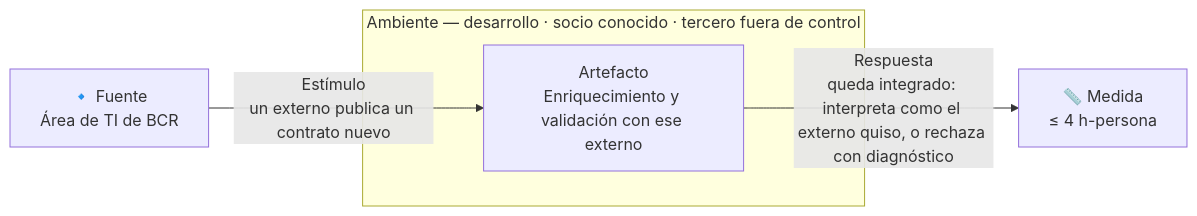
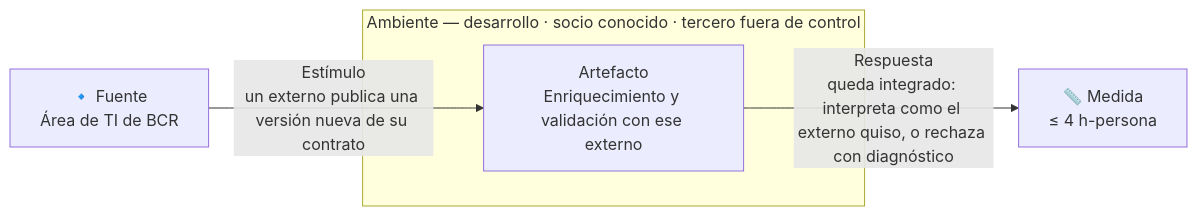
One commit to MATI-MBIT/arqsoft-reto-4 changed the sixth of 17 diagrams in docs/quality-attributes.md. Above: the diagram before and after it, drawn with Mermaid. The commit also changed other lines of this file and 5 other files, not shown here.

````diff
--- a/docs/quality-attributes.md
+++ b/docs/quality-attributes.md
@@ -285,9 +269,9 @@
 ```mermaid
 flowchart LR
     F["🔹 Fuente<br/>Área de TI de BCR"]
-    F -- "Estímulo<br/>un externo publica un contrato nuevo" --> A
+    F -- "Estímulo<br/>un externo publica una versión nueva de su contrato" --> A
     subgraph AMB["Ambiente — desarrollo · socio conocido · tercero fuera de control"]
         A["Artefacto<br/>Enriquecimiento y validación con ese externo"]
     end
     A -- "Respuesta<br/>queda integrado: interpreta como el externo quiso, o rechaza con diagnóstico" --> M["📏 Medida<br/>≤ 4 h-persona"]
 ```
````
